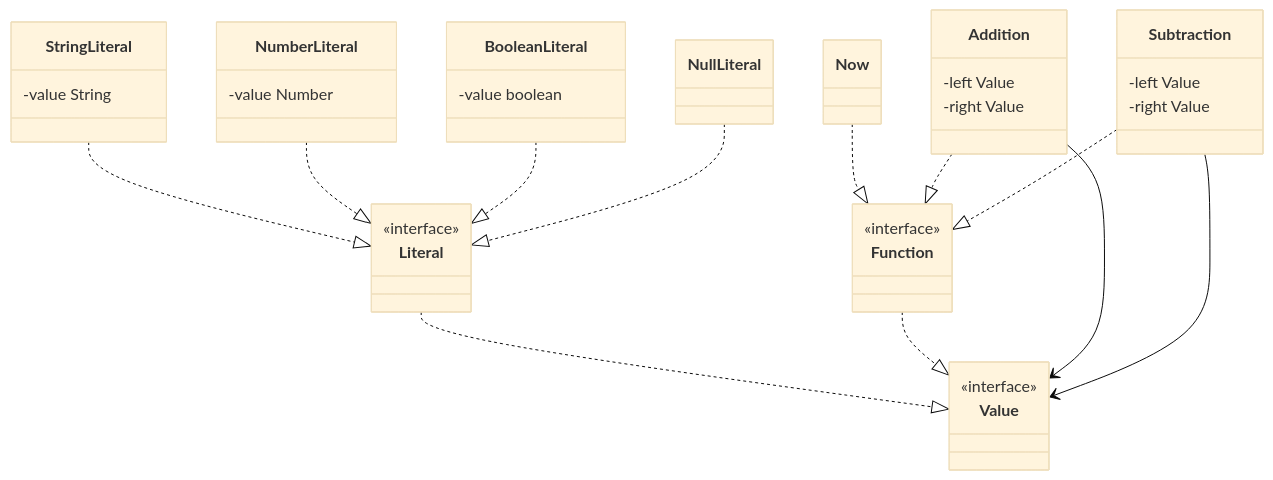
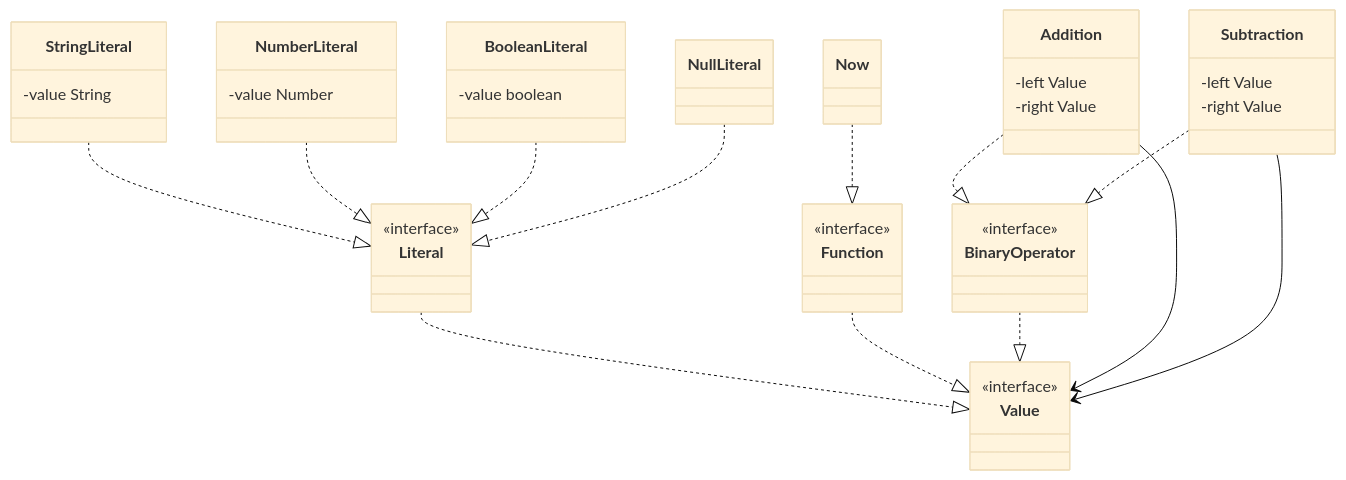
The seventh of 10 diagrams in docs/domain.md (safarislava/QueryBricks), drawn with Mermaid (base theme) before and after one commit. The commit also changed other lines of this file, not shown here.

````diff
--- a/docs/domain.md
+++ b/docs/domain.md
@@ -173,51 +195,56 @@
 ```mermaid
 classDiagram
     class Value {
         <<interface>>
     }
     
     class Literal {
         <<interface>>
     }
     Literal ..|> Value
 
     class StringLiteral {
         -value String
     }
     StringLiteral ..|> Literal
 
     class NumberLiteral {
         -value Number
     }
     NumberLiteral ..|> Literal
 
     class BooleanLiteral {
         -value boolean
     }
     BooleanLiteral ..|> Literal
 
     class NullLiteral
     NullLiteral ..|> Literal
 
     class Function {
         <<interface>>
     }
     Function ..|> Value
 
     class Now
     Now ..|> Function
 
+    class BinaryOperator {
+        <<interface>>
+    }
+    BinaryOperator ..|> Value
+
     class Addition {
         -left Value
         -right Value
     }
-    Addition ..|> Function
+    Addition ..|> BinaryOperator
     Addition --> Value
 
     class Subtraction {
         -left Value
         -right Value
     }
-    Subtraction ..|> Function
+    Subtraction ..|> BinaryOperator
     Subtraction --> Value
 ```
````
